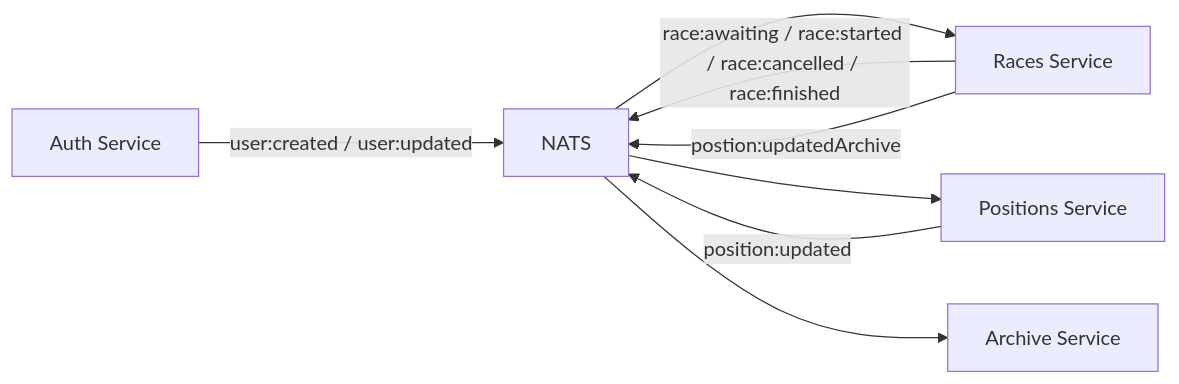
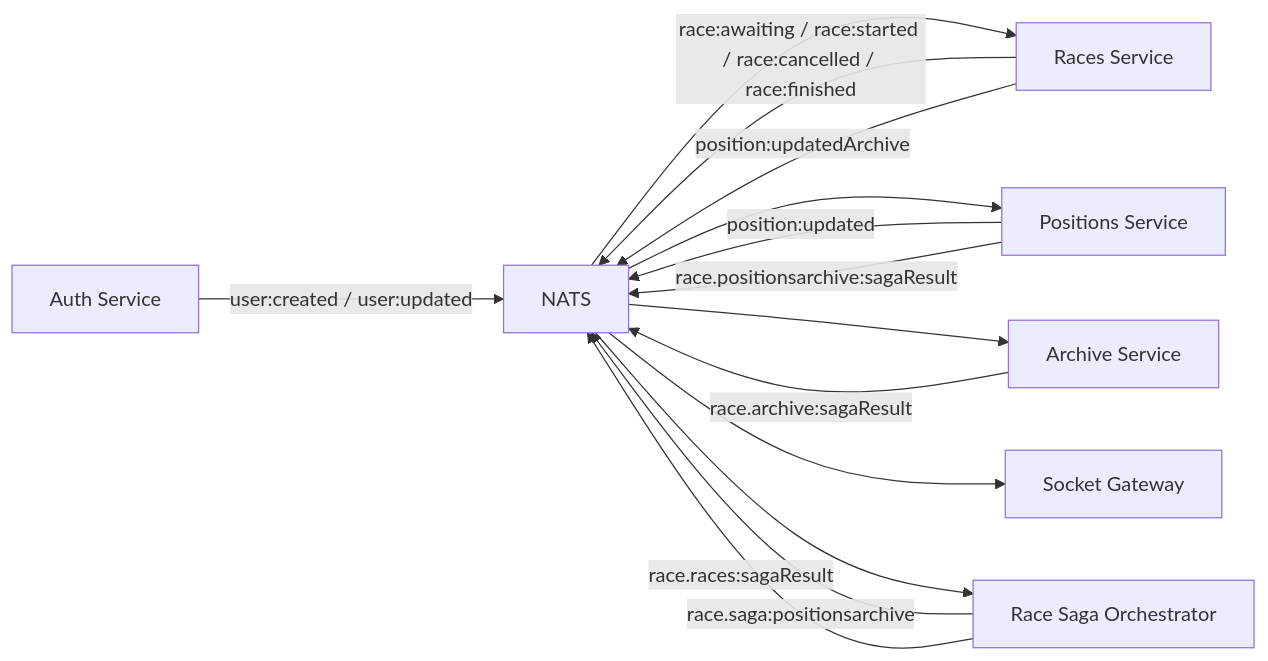
Before and after one commit to yojimbo-ah/racer-io: the first of 5 diagrams in README.md, drawn with Mermaid. The commit also changed other lines of this file, not shown here.

Commit message:
fiexed some stuff in the readme file , start to work on more saga orchestaration patterns for the main events that cant be without sync

````diff
--- a/README.md
+++ b/README.md
@@ -116,17 +137,25 @@
 ```mermaid
 flowchart LR
   Auth[Auth Service]
   Races[Races Service]
   Positions[Positions Service]
   Archive[Archive Service]
+  SocketGateway[Socket Gateway]
+  Saga[Race Saga Orchestrator]
   NATS[NATS]
 
   Auth -->|user:created / user:updated| NATS
   Positions -->|position:updated| NATS
   Races -->|race:awaiting / race:started / race:cancelled / race:finished| NATS
-  Races -->|postion:updatedArchive| NATS
+  Races -->|position:updatedArchive| NATS
+  Saga -->|race.saga:positionsarchive| NATS
+  Archive -->|race.archive:sagaResult| NATS
+  Positions -->|race.positionsarchive:sagaResult| NATS
+  Saga -->|race.races:sagaResult| NATS
 
   NATS --> Races
   NATS --> Positions
   NATS --> Archive
+  NATS --> SocketGateway
+  NATS --> Saga
 ```
````
